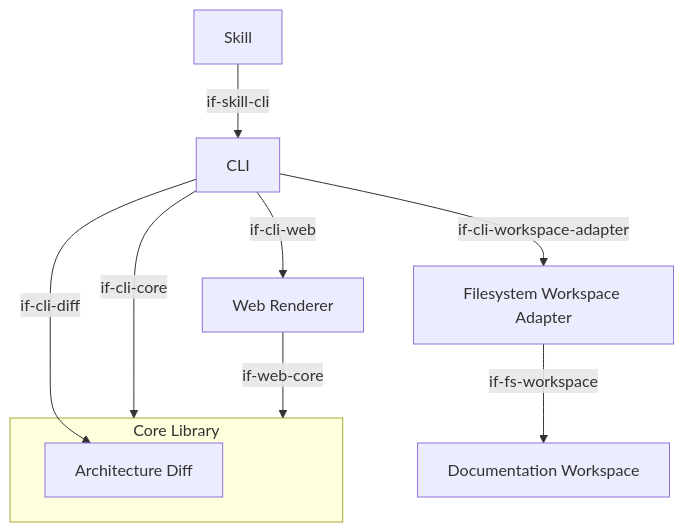
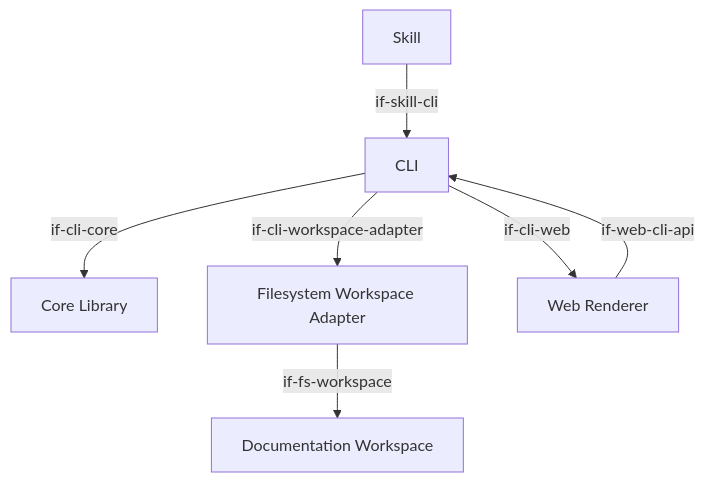
The first of 2 diagrams in docs/arc42/05-building-blocks.arc42.md (docToolchain/arc42-language), drawn with Mermaid before and after one commit. The commit also changed other lines of this file and 6 other files, not shown here.

````diff
--- a/docs/arc42/05-building-blocks.arc42.md
+++ b/docs/arc42/05-building-blocks.arc42.md
@@ -12,19 +14,16 @@
 ```mermaid
 graph TD
     bb-cli["CLI"]
-    subgraph bb-core["Core Library"]
-        bb-diff["Architecture Diff"]
-    end
+    bb-core["Core Library"]
     bb-workspace-fs["Filesystem Workspace Adapter"]
     bb-skill["Skill"]
     bb-web-renderer["Web Renderer"]
     bb-workspace["Documentation Workspace"]
 
     bb-cli -->|"if-cli-core"| bb-core
-    bb-cli -->|"if-cli-diff"| bb-diff
     bb-cli -->|"if-cli-workspace-adapter"| bb-workspace-fs
     bb-workspace-fs -->|"if-fs-workspace"| bb-workspace
     bb-cli -->|"if-cli-web"| bb-web-renderer
-    bb-web-renderer -->|"if-web-core"| bb-core
+    bb-web-renderer -->|"if-web-cli-api"| bb-cli
     bb-skill -->|"if-skill-cli"| bb-cli
 ```
````
